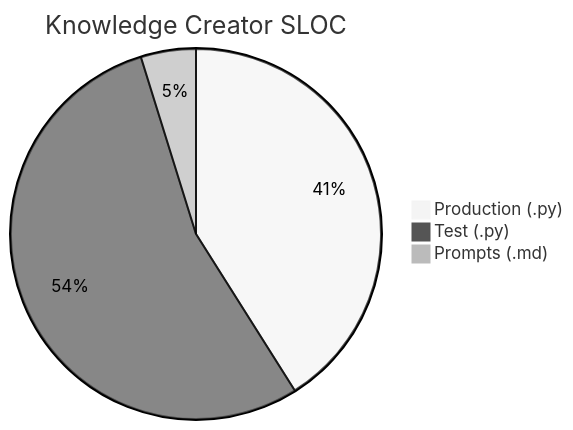
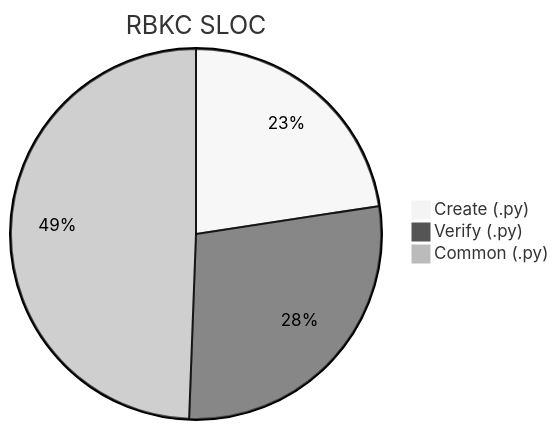
The tenth of 14 diagrams in docs/metrics.md (nablarch/nabledge-dev), drawn with Mermaid (neutral theme) before and after one commit. The commit also changed other lines of this file and 2 other files, not shown here.

````diff
--- a/docs/metrics.md
+++ b/docs/metrics.md
@@ -135,6 +139,6 @@
 ```mermaid
-pie title Knowledge Creator SLOC
-  "Production (.py)" : 4347
-  "Test (.py)" : 5736
-  "Prompts (.md)" : 509
+pie title RBKC SLOC
+  "Create (.py)" : 1296
+  "Verify (.py)" : 1606
+  "Common (.py)" : 2834
 ```
````
